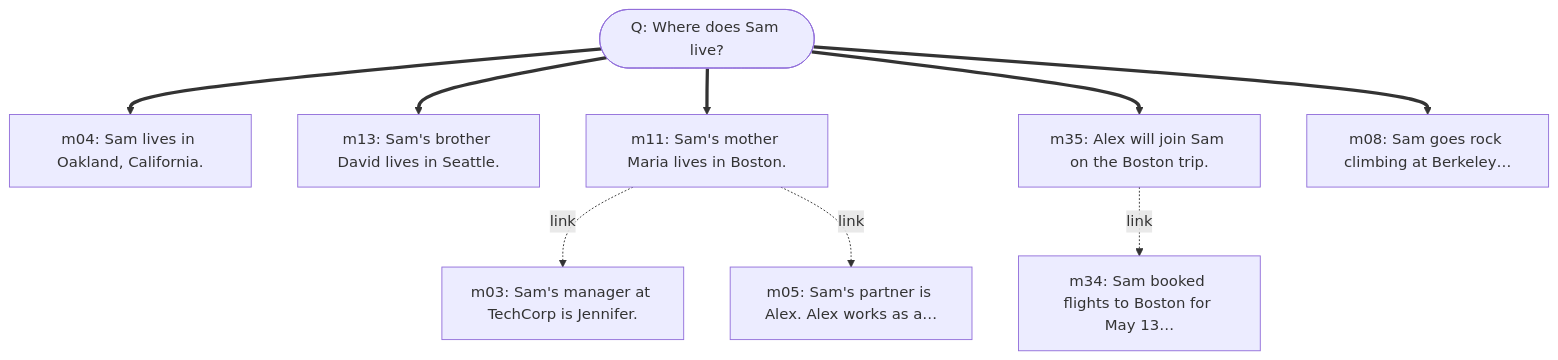
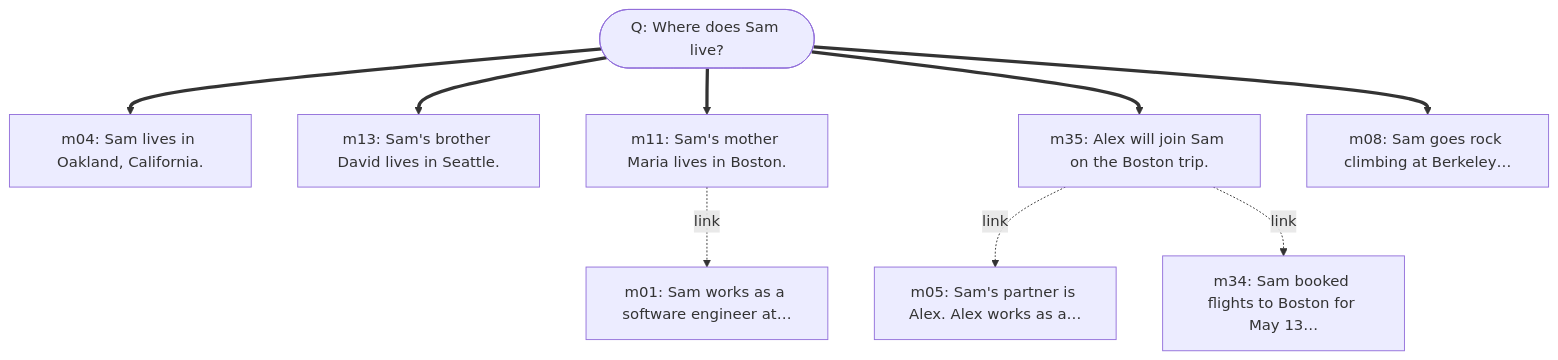
Before and after one commit to pandazxx/a-mem-reproduction: the first of 22 diagrams in results/comparison/amem/traces.md, drawn with Mermaid. The commit also changed other lines of this file and 64 other files, not shown here.

````diff
--- a/results/comparison/amem/traces.md
+++ b/results/comparison/amem/traces.md
@@ -13,20 +13,20 @@
 ```mermaid
 graph TD
     Q(["Q: Where does Sam live?"])
     m04["m04: Sam lives in Oakland, California."]
     Q ==> m04
     m13["m13: Sam's brother David lives in Seattle."]
     Q ==> m13
     m11["m11: Sam's mother Maria lives in Boston."]
     Q ==> m11
     m35["m35: Alex will join Sam on the Boston trip."]
     Q ==> m35
     m08["m08: Sam goes rock climbing at Berkeley…"]
     Q ==> m08
-    m03["m03: Sam's manager at TechCorp is Jennifer."]
-    m11 -.->|link| m03
+    m01["m01: Sam works as a software engineer at…"]
+    m11 -.->|link| m01
     m05["m05: Sam's partner is Alex. Alex works as a…"]
-    m11 -.->|link| m05
+    m35 -.->|link| m05
     m34["m34: Sam booked flights to Boston for May 13…"]
     m35 -.->|link| m34
 ```
````
